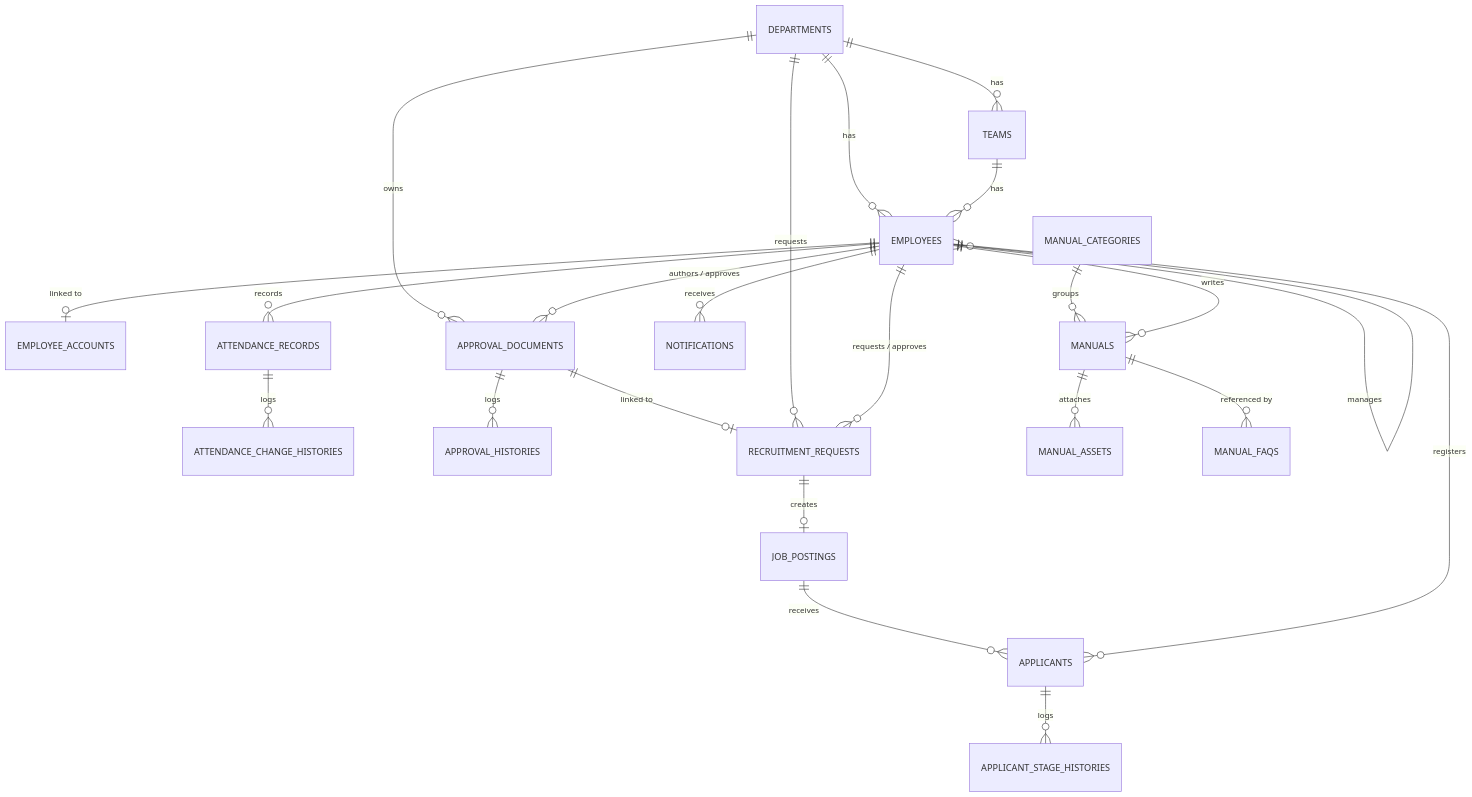
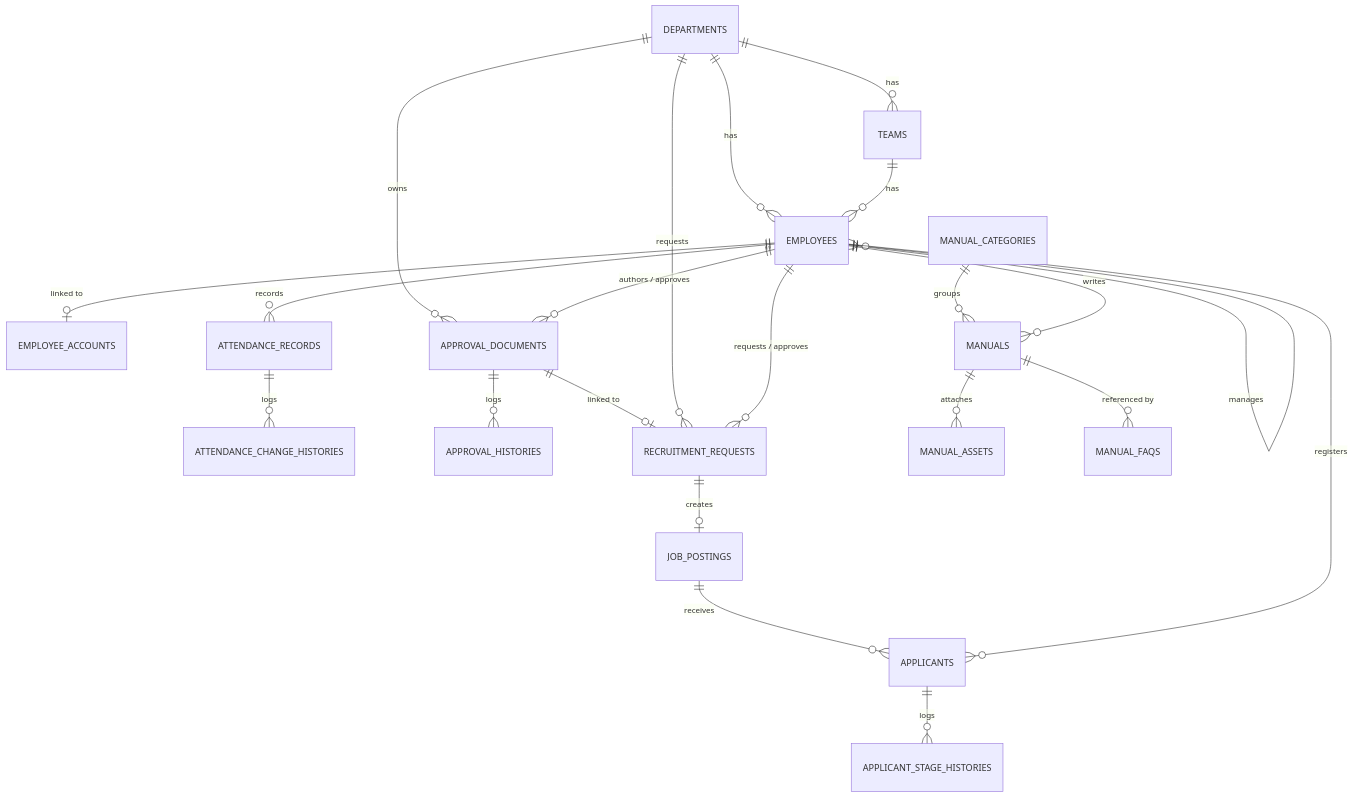
One commit to Dwkms/MS-FlowHub changed the diagram in docs/DATA_MODEL.md. Above: the diagram before and after it, drawn with Mermaid. The commit also changed other lines of this file and 1 other file, not shown here.

````diff
--- a/docs/DATA_MODEL.md
+++ b/docs/DATA_MODEL.md
@@ -78,25 +78,24 @@
 ```mermaid
 erDiagram
     DEPARTMENTS ||--o{ TEAMS : "has"
     DEPARTMENTS ||--o{ EMPLOYEES : "has"
     TEAMS ||--o{ EMPLOYEES : "has"
     EMPLOYEES ||--o| EMPLOYEE_ACCOUNTS : "linked to"
     EMPLOYEES ||--o{ EMPLOYEES : "manages"
     EMPLOYEES ||--o{ ATTENDANCE_RECORDS : "records"
     ATTENDANCE_RECORDS ||--o{ ATTENDANCE_CHANGE_HISTORIES : "logs"
     DEPARTMENTS ||--o{ APPROVAL_DOCUMENTS : "owns"
     EMPLOYEES ||--o{ APPROVAL_DOCUMENTS : "authors / approves"
     APPROVAL_DOCUMENTS ||--o{ APPROVAL_HISTORIES : "logs"
     APPROVAL_DOCUMENTS ||--o| RECRUITMENT_REQUESTS : "linked to"
     DEPARTMENTS ||--o{ RECRUITMENT_REQUESTS : "requests"
     EMPLOYEES ||--o{ RECRUITMENT_REQUESTS : "requests / approves"
     RECRUITMENT_REQUESTS ||--o| JOB_POSTINGS : "creates"
-    EMPLOYEES ||--o{ NOTIFICATIONS : "receives"
     JOB_POSTINGS ||--o{ APPLICANTS : "receives"
     EMPLOYEES ||--o{ APPLICANTS : "registers"
     APPLICANTS ||--o{ APPLICANT_STAGE_HISTORIES : "logs"
     MANUAL_CATEGORIES ||--o{ MANUALS : "groups"
     MANUALS ||--o{ MANUAL_ASSETS : "attaches"
     MANUALS ||--o{ MANUAL_FAQS : "referenced by"
     EMPLOYEES ||--o{ MANUALS : "writes"
 ```
````
